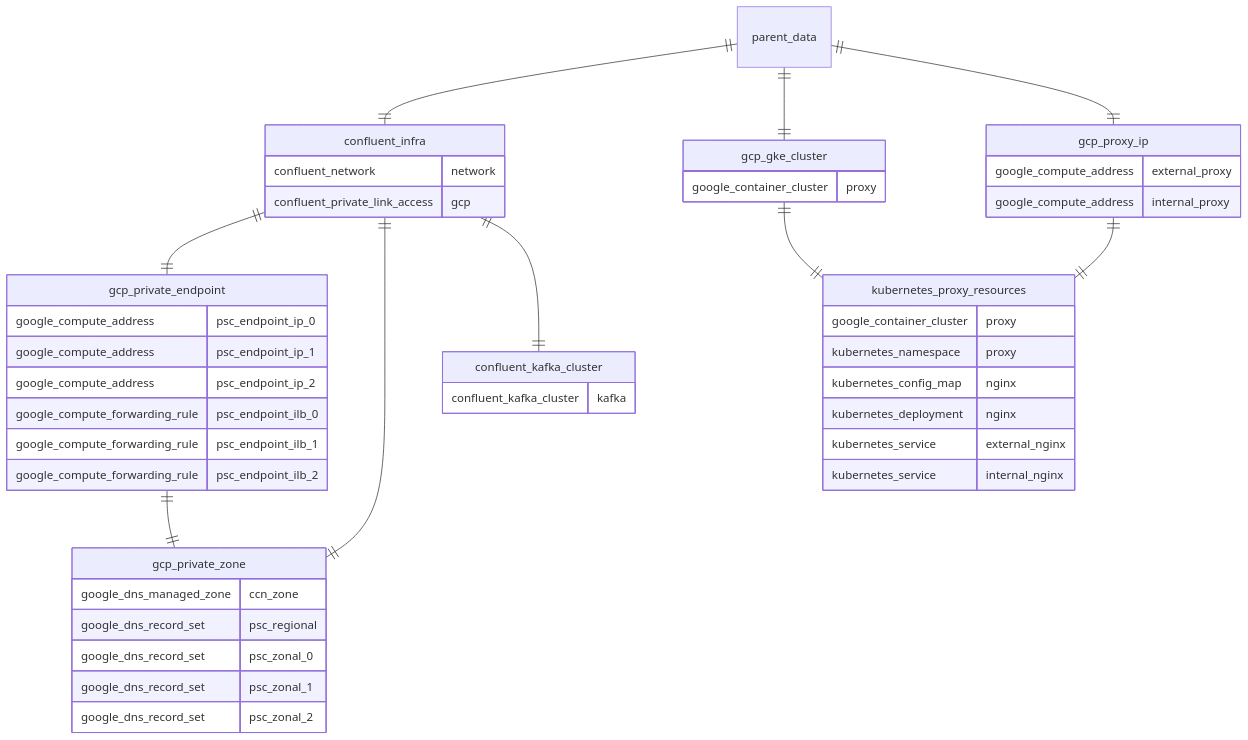
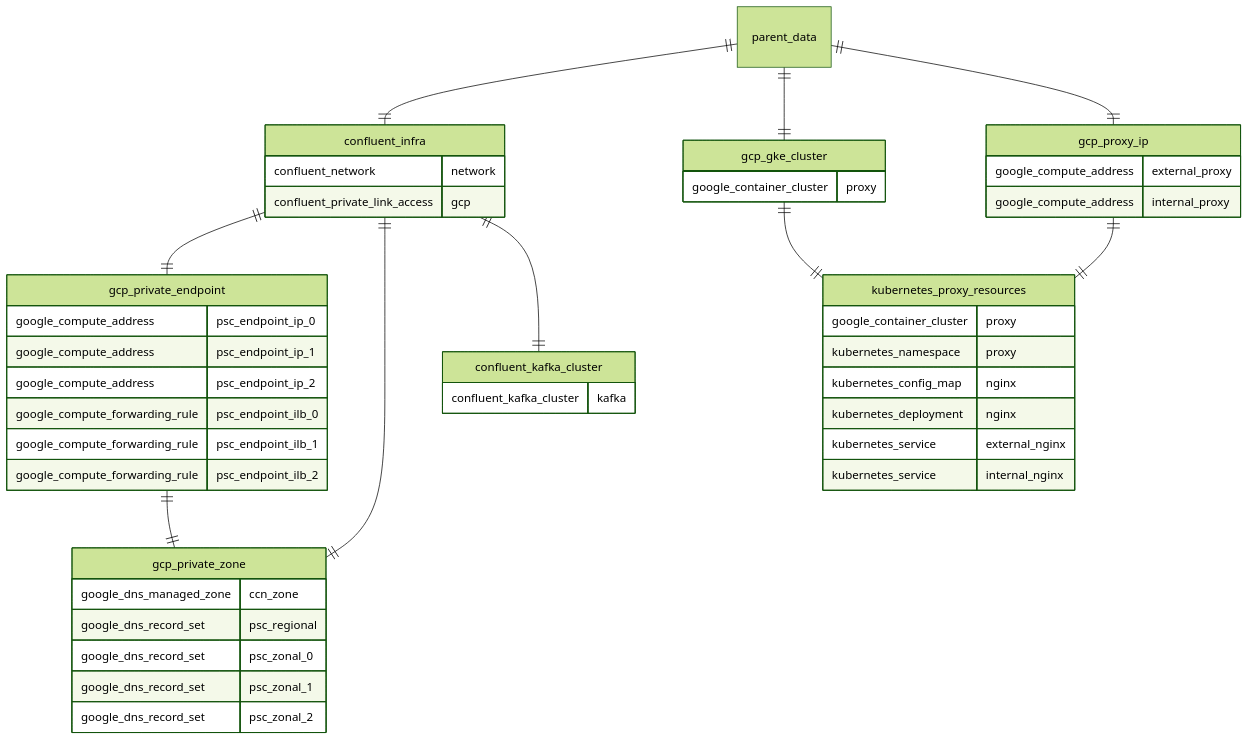
The diagram in cloud-networking/gcp-psc/region_template/README.md (justinrlee/terraform-templates), drawn with Mermaid before and after one commit.

````diff
--- a/cloud-networking/gcp-psc/region_template/README.md
+++ b/cloud-networking/gcp-psc/region_template/README.md
@@ -44,57 +44,58 @@
 ```mermaid
+%%{init: {"theme": "forest", "logLevel": 1 }}%%
 erDiagram
     parent_data ||--|| confluent_infra: ""
     parent_data ||--|| gcp_gke_cluster: ""
     parent_data ||--|| gcp_proxy_ip: ""
     confluent_infra ||--|| gcp_private_endpoint: ""
     confluent_infra ||--|| gcp_private_zone: ""
     confluent_infra ||--|| confluent_kafka_cluster: ""
     gcp_gke_cluster ||--|| kubernetes_proxy_resources: ""
     gcp_private_endpoint ||--|| gcp_private_zone: ""
     gcp_proxy_ip ||--|| kubernetes_proxy_resources: ""
 
     confluent_infra {
       confluent_network network
       confluent_private_link_access gcp
     }
 
     confluent_kafka_cluster {
       confluent_kafka_cluster kafka
     }
 
     gcp_gke_cluster {
       google_container_cluster proxy
     }
 
     gcp_private_endpoint {
       google_compute_address psc_endpoint_ip_0
       google_compute_address psc_endpoint_ip_1
       google_compute_address psc_endpoint_ip_2
       google_compute_forwarding_rule psc_endpoint_ilb_0
       google_compute_forwarding_rule psc_endpoint_ilb_1
       google_compute_forwarding_rule psc_endpoint_ilb_2
     }
 
     gcp_proxy_ip {
       google_compute_address external_proxy
       google_compute_address internal_proxy
     }
 
     gcp_private_zone {
       google_dns_managed_zone ccn_zone
       google_dns_record_set psc_regional
       google_dns_record_set psc_zonal_0
       google_dns_record_set psc_zonal_1
       google_dns_record_set psc_zonal_2
     }
     kubernetes_proxy_resources {
       google_container_cluster proxy
       kubernetes_namespace proxy
       kubernetes_config_map nginx
       kubernetes_deployment nginx
       kubernetes_service external_nginx
       kubernetes_service internal_nginx
     }
 
 
 ```
````
